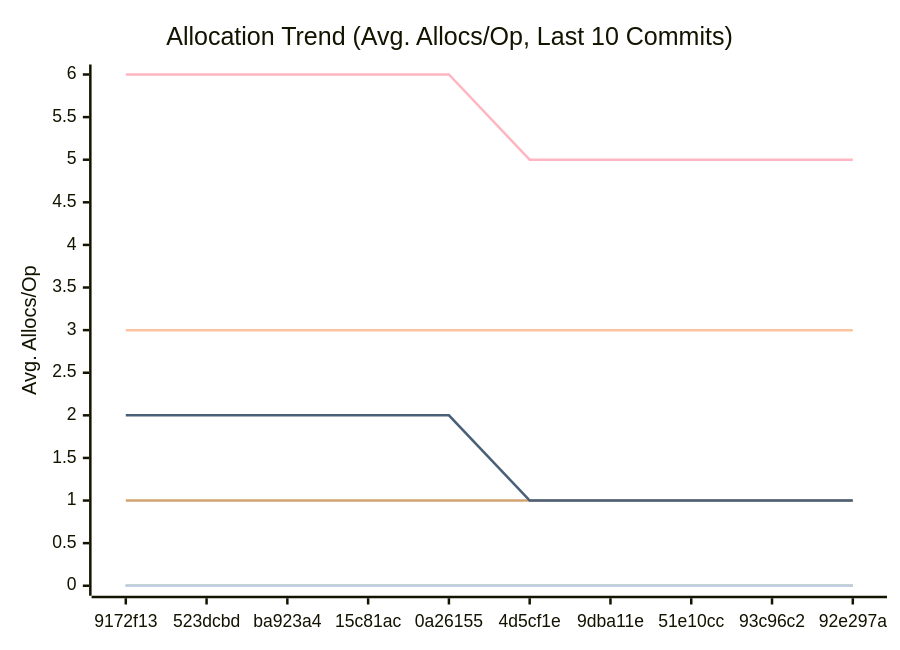
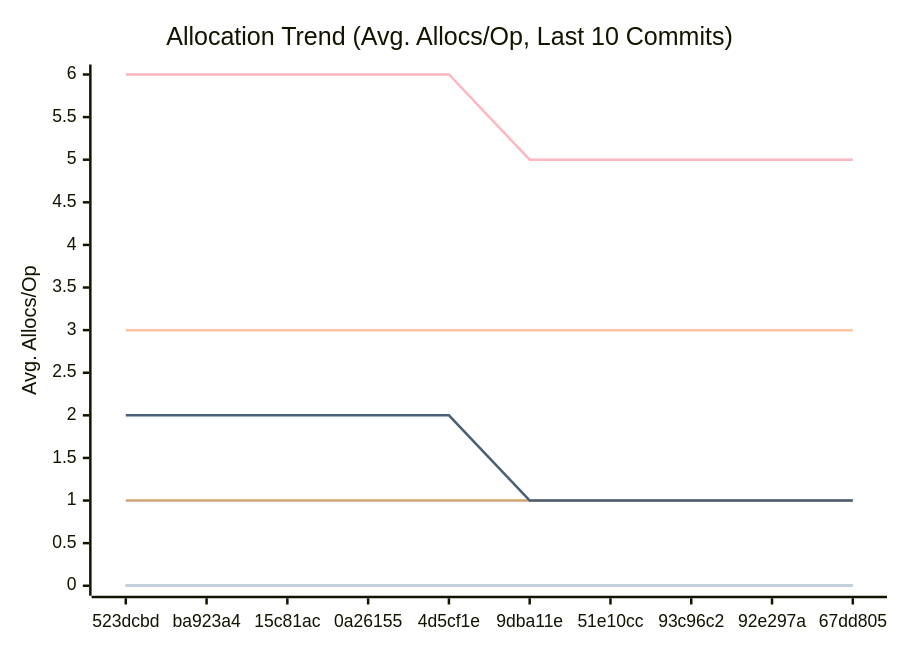
One commit to alsotoes/momo changed the third of 3 diagrams in docs/PERFORMANCE.md. Above: the diagram before and after it, drawn with Mermaid. The commit also changed other lines of this file and 2 other files, not shown here.

````diff
--- a/docs/PERFORMANCE.md
+++ b/docs/PERFORMANCE.md
@@ -114,16 +114,16 @@
 ```mermaid
 xychart-beta
     title "Allocation Trend (Avg. Allocs/Op, Last 10 Commits)"
     x-axis "Commit"
     y-axis "Avg. Allocs/Op"
-    x-axis [9172f13,523dcbd,ba923a4,15c81ac,0a26155,4d5cf1e,9dba11e,51e10cc,93c96c2,92e297a]
+    x-axis [523dcbd,ba923a4,15c81ac,0a26155,4d5cf1e,9dba11e,51e10cc,93c96c2,92e297a,67dd805]
     line "CheckMetricsAndSwap" [0,0,0,0,0,0,0,0,0,0]
     line "CrushOptimized" [0,0,0,0,0,0,0,0,0,0]
     line "CrushOriginal" [3,3,3,3,3,3,3,3,3,3]
     line "IndexDirectTracking" [0,0,0,0,0,0,0,0,0,0]
     line "IndexSearch" [0,0,0,0,0,0,0,0,0,0]
     line "LoadGlobalConfig" [1,1,1,1,1,1,1,1,1,1]
     line "PadString" [0,0,0,0,0,0,0,0,0,0]
     line "ParseReplicationOrder_NoPrealloc" [6,6,6,6,6,5,5,5,5,5]
     line "ParseReplicationOrder_Prealloc" [2,2,2,2,2,1,1,1,1,1]
 ```
````
